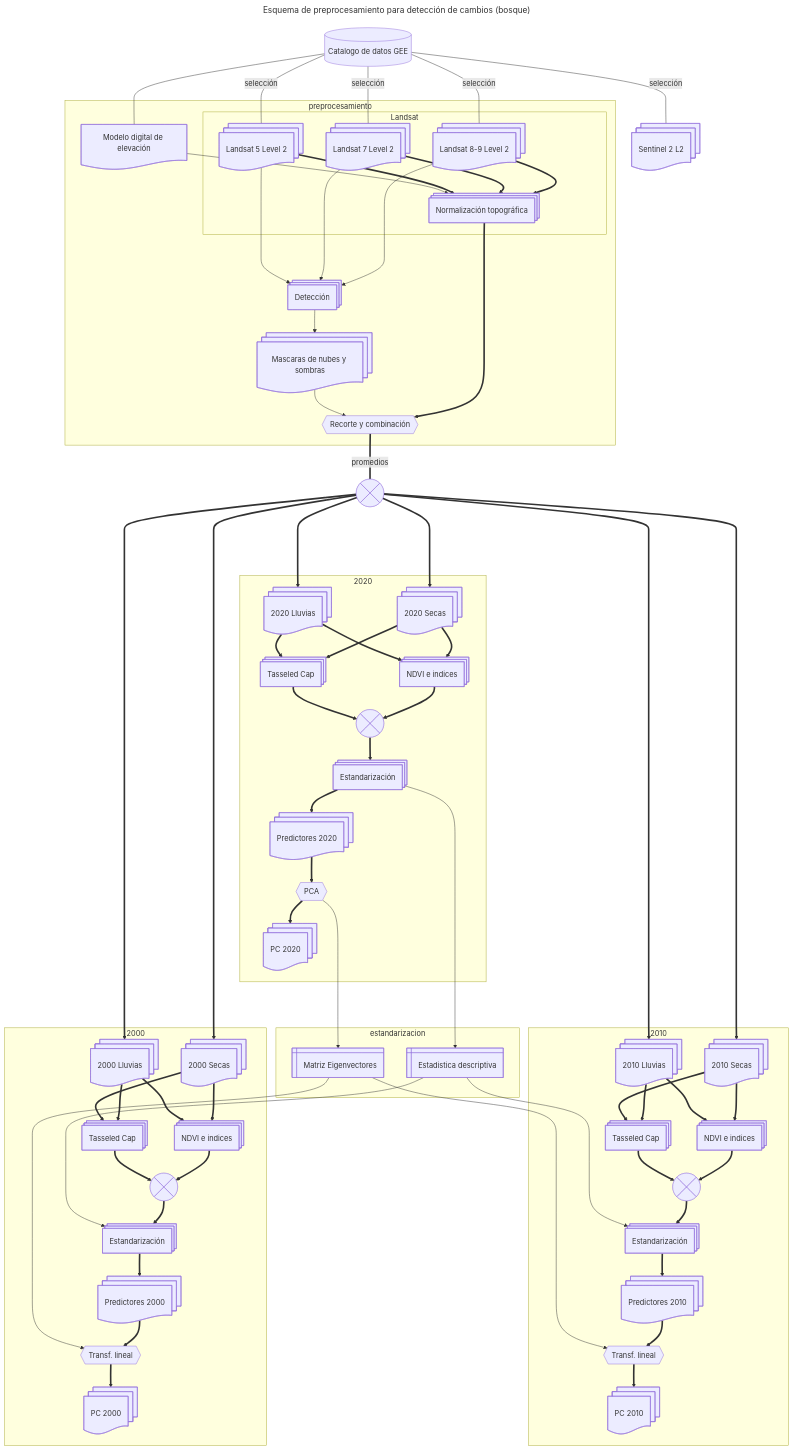
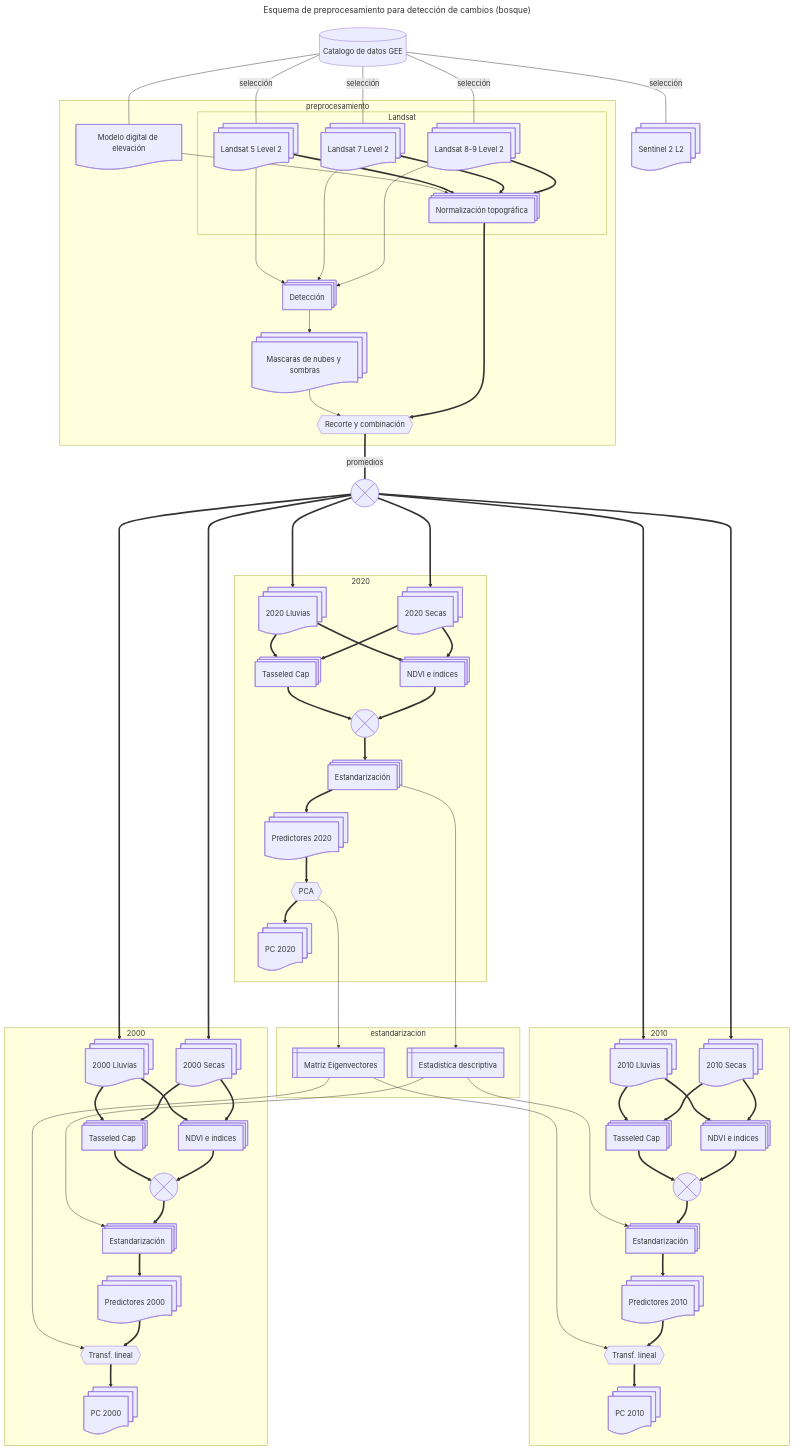
Before and after one commit to vshalisko/GEE: the diagram in ANPs/Esquema_preprocesamiento.mermaid, drawn with Mermaid. The commit also changed other lines of this file, not shown here.

```diff
--- a/ANPs/Esquema_preprocesamiento.mermaid
+++ b/ANPs/Esquema_preprocesamiento.mermaid
@@ -1,135 +1,135 @@
 ---
 title: Esquema de preprocesamiento para detección de cambios (bosque)
 ---
 flowchart TD
     gee1[(Catalogo de datos GEE)]
     Landsat8@{ shape: docs, label: Landsat 8-9 Level 2}
     Landsat7@{ shape: docs, label: Landsat 7 Level 2}
     Landsat5@{ shape: docs, label: Landsat 5 Level 2}
     Sentinel2@{ shape: docs, label: Sentinel 2 L2}
     MDE@{ shape: doc, label: Modelo digital de elevación}
     
     INS@{ shape: procs, label: "Detección"}
     MNS@{ shape: docs, label: "Mascaras de nubes y sombras"}
     NT@{ shape: procs, label: "Normalización topográfica"}
     Combinacion1@{ shape: hex, label: "Recorte y combinación" }
     Combinacion2@{ shape: cross-circ, label: "Promedios de bandas" }
 
     BSecas2000@{ shape: docs, label: 2000 Secas}
     BLluvias2000@{ shape: docs, label: 2000 Lluvias}
     BSecas2010@{ shape: docs, label: 2010 Secas}
     BLluvias2010@{ shape: docs, label: 2010 Lluvias}
     BSecas2020@{ shape: docs, label: 2020 Secas}
     BLluvias2020@{ shape: docs, label: 2020 Lluvias}
 
     IndVeg2000@{ shape: procs, label: "NDVI e indices"}
     IndVeg2010@{ shape: procs, label: "NDVI e indices"}
     IndVeg2020@{ shape: procs, label: "NDVI e indices"}
     Tass2000@{ shape: procs, label: "Tasseled Cap"}
     Tass2010@{ shape: procs, label: "Tasseled Cap"}
     Tass2020@{ shape: procs, label: "Tasseled Cap"}
 
     Comb2000@{ shape: cross-circ, label: "Combinación" }
     Comb2010@{ shape: cross-circ, label: "Combinación" }
     Comb2020@{ shape: cross-circ, label: "Combinación" }
 
     Est2000@{ shape: procs, label: "Estandarización"}
     Est2010@{ shape: procs, label: "Estandarización"}
     Est2020@{ shape: procs, label: "Estandarización"}
 
     Capas2000@{ shape: docs, label: "Predictores 2000"}
     Capas2010@{ shape: docs, label: "Predictores 2010"}
     Capas2020@{ shape: docs, label: "Predictores 2020"}
 
     PCA2020@{ shape: hex, label: "PCA"}
     TL2000@{ shape: hex, label: "Transf. lineal"}
     TL2010@{ shape: hex, label: "Transf. lineal"}
 
     CapasPCA2000@{ shape: docs, label: "PC 2000"}
     CapasPCA2010@{ shape: docs, label: "PC 2010"}
     CapasPCA2020@{ shape: docs, label: "PC 2020"}
 
     Estadisticas@{ shape: win-pane, label: "Estadistica descriptiva" }
     Eigenvectors@{ shape: win-pane, label: "Matriz Eigenvectores" }
 
     gee1---|selección|Landsat8
     gee1---|selección|Landsat7
     gee1---|selección|Landsat5
     gee1---|selección|Sentinel2
     gee1---MDE
 
     subgraph preprocesamiento
         subgraph Landsat
             Landsat8==>NT
             Landsat7==>NT
             Landsat5==>NT
         end
 
         MDE-->NT
         NT==>Combinacion1
 
         Landsat8---->INS
         Landsat7---->INS
         Landsat5---->INS
 
         INS-->MNS
         MNS-->Combinacion1
     end
 
     Combinacion1===|promedios|Combinacion2
 
     Combinacion2====>BSecas2000
     Combinacion2====>BLluvias2000
     Combinacion2====>BSecas2010
     Combinacion2====>BLluvias2010
     Combinacion2====>BSecas2020
     Combinacion2====>BLluvias2020
 
     subgraph 2000
         BSecas2000==>IndVeg2000
+        BSecas2000==>Tass2000
         BLluvias2000==>Tass2000
         BLluvias2000==>IndVeg2000
-        BSecas2000==>Tass2000
         IndVeg2000==>Comb2000
         Tass2000==>Comb2000
         Comb2000==>Est2000
         Est2000==>Capas2000
         Capas2000==>TL2000
         TL2000==>CapasPCA2000
     end
 
     subgraph 2010
         BSecas2010==>IndVeg2010
+        BSecas2010==>Tass2010
         BLluvias2010==>Tass2010
         BLluvias2010==>IndVeg2010
-        BSecas2010==>Tass2010
         IndVeg2010==>Comb2010
         Tass2010==>Comb2010
         Comb2010==>Est2010
         Est2010==>Capas2010
         Capas2010==>TL2010
         TL2010==>CapasPCA2010
     end
 
     subgraph 2020
         BSecas2020==>IndVeg2020
         BSecas2020==>Tass2020
         BLluvias2020==>IndVeg2020
         BLluvias2020==>Tass2020
         IndVeg2020==>Comb2020
         Tass2020==>Comb2020
         Comb2020==>Est2020
         Est2020==>Capas2020
         Capas2020==>PCA2020
         PCA2020==>CapasPCA2020
     end
 
     subgraph estandarizacion
         Est2020---->Estadisticas
         Estadisticas---->Est2000
         Estadisticas---->Est2010
 
         PCA2020---->Eigenvectors
         Eigenvectors---->TL2000
         Eigenvectors---->TL2010
     end
```
